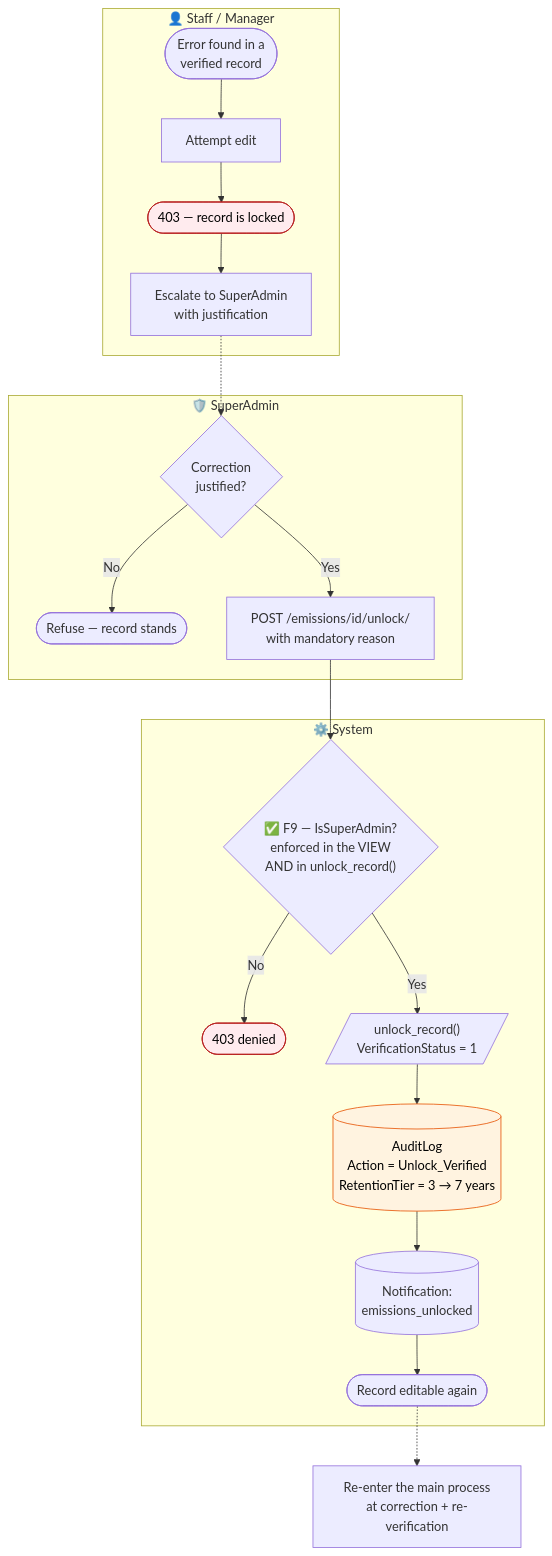
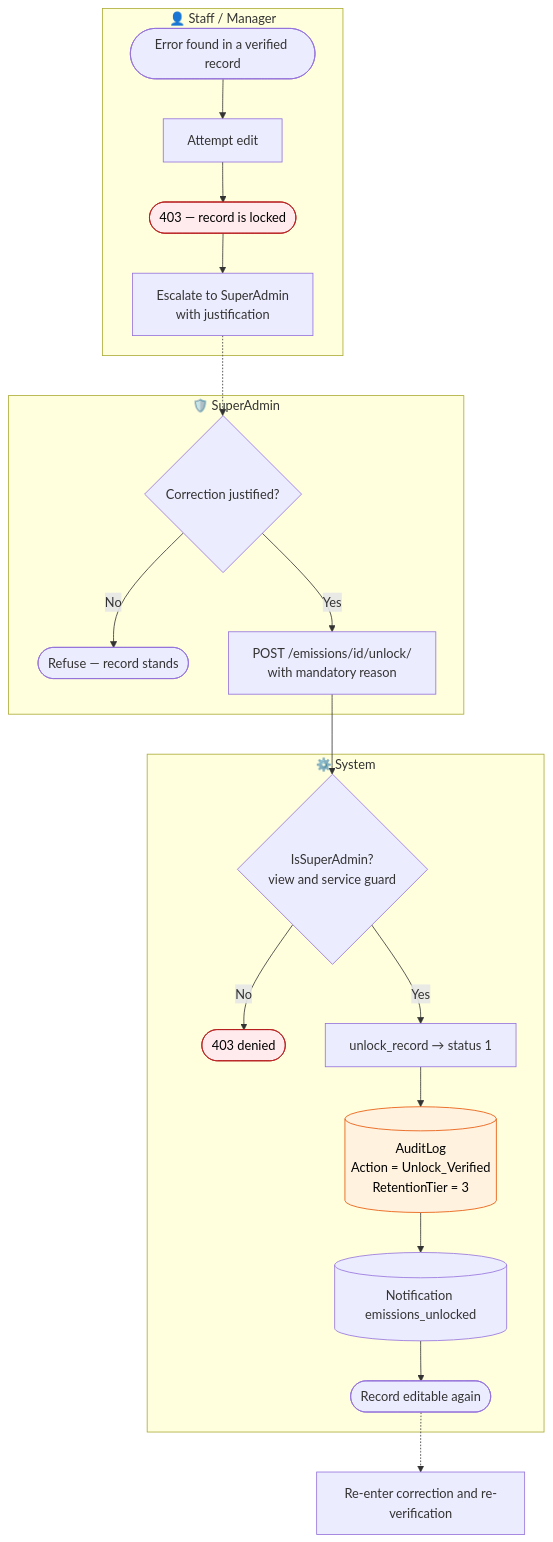
One commit to Software-Lifecycle-Consultants/SusDevOS-Pro changed the third of 4 diagrams in docs/diagrams/bpmn/02-emissions-lifecycle.md. Above: the diagram before and after it, drawn with Mermaid. The commit also changed other lines of this file and 13 other files, not shown here.

First line of the commit message:
docs: update stories and diagrams for the inventory lifecycle

````diff
--- a/docs/diagrams/bpmn/02-emissions-lifecycle.md
+++ b/docs/diagrams/bpmn/02-emissions-lifecycle.md
@@ -71,29 +118,29 @@
 ```mermaid
 flowchart TB
     subgraph U1["👤 Staff / Manager"]
-        A([Error found in a<br/>verified record]) --> B[Attempt edit]
+        A([Error found in a verified record]) --> B[Attempt edit]
         B --> C([403 — record is locked])
         C --> D[Escalate to SuperAdmin<br/>with justification]
     end
 
     subgraph U2["🛡️ SuperAdmin"]
-        D -.-> E{"Correction<br/>justified?"}
+        D -.-> E{"Correction justified?"}
         E -->|"No"| F([Refuse — record stands])
         E -->|"Yes"| G[POST /emissions/id/unlock/<br/>with mandatory reason]
     end
 
     subgraph U3["⚙️ System"]
-        G --> H{"✅ F9 — IsSuperAdmin?<br/>enforced in the VIEW<br/>AND in unlock_record()"}
+        G --> H{"IsSuperAdmin?<br/>view and service guard"}
         H -->|"No"| I([403 denied])
-        H -->|"Yes"| J[/"unlock_record()<br/>VerificationStatus = 1"/]
-        J --> K[("AuditLog<br/>Action = Unlock_Verified<br/>RetentionTier = 3 → 7 years")]
-        K --> L[("Notification:<br/>emissions_unlocked")]
+        H -->|"Yes"| J[unlock_record → status 1]
+        J --> K[(AuditLog<br/>Action = Unlock_Verified<br/>RetentionTier = 3)]
+        K --> L[(Notification emissions_unlocked)]
         L --> M([Record editable again])
     end
 
-    M -.-> N[Re-enter the main process<br/>at correction + re-verification]
+    M -.-> N[Re-enter correction and re-verification]
 
     style C fill:#ffebee,stroke:#b71c1c,color:#000
     style I fill:#ffebee,stroke:#b71c1c,color:#000
     style K fill:#fff3e0,stroke:#e65100,color:#000
 ```
````
